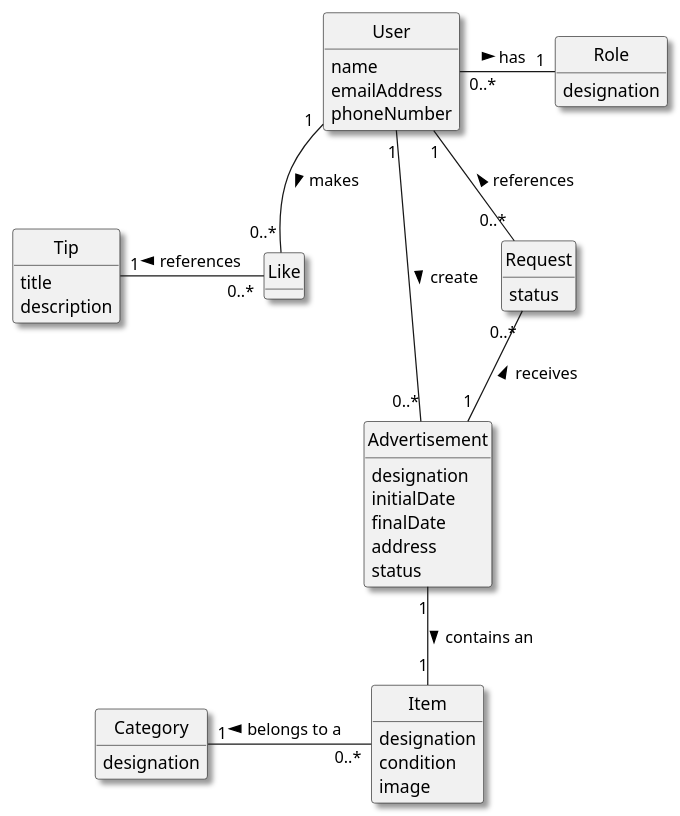
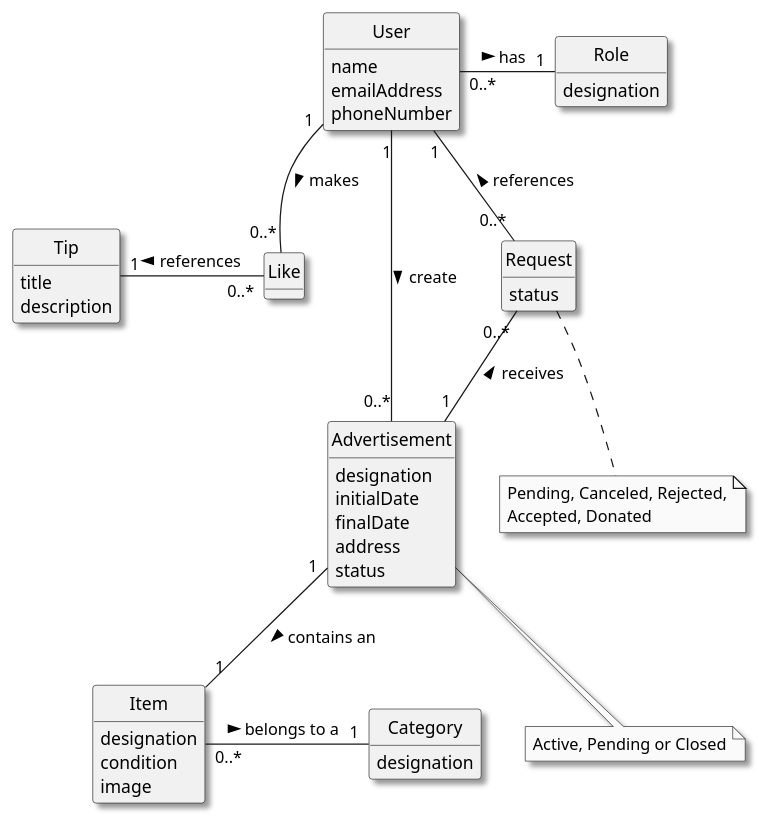
One commit to vivianeaalmeida/ComeAndGet changed the diagram in Docs/global-artifacts/02-analysis/DM.puml. Above: the diagram before and after it, drawn with PlantUML. The commit also changed 6 other files, not shown here.

```diff
--- a/Docs/global-artifacts/02-analysis/DM.puml
+++ b/Docs/global-artifacts/02-analysis/DM.puml
@@ -1,61 +1,70 @@
 @startuml
 skinparam monochrome true
 skinparam packageStyle rectangle
 skinparam shadowing true
 'skinparam linetype ortho
 skinparam classAttributeIconSize 0
 hide circle
 hide methods
 'left to right direction
 
 class User {
     name
     emailAddress
     phoneNumber
 }
 
 class Role {
     designation
 }
 
 class Item {
     designation
     condition
     image
 }
 
 class Category {
     designation
 }
 
 class Advertisement{
     designation
     initialDate
     finalDate
     address
     status
     '(active, pending, closed)
 }
 
 class Request {
     status
-    '(pending, canceled, denied/rejected, accepted, donated/done)
+    '(pending, canceled, rejected, accepted, donated)
 }
 
 class Tip {
     title
     description
 }
 
 class Like {
 }
 
+note bottom of Request
+Pending, Canceled, Rejected,
+Accepted, Donated
+endnote
+
+note bottom of Advertisement
+Active, Pending or Closed
+endnote
+
 Item "0..*" -left- "1" Category : belongs to a \t >
 Advertisement "1" -- "1" Item : contains an \t >
 User "1" -- "0..*" Advertisement : create >
 User "1" -- "0..*" Request : references <
 Request "0..*" -- "1" Advertisement : receives <
 User "1" -- "0..*" Like : makes >
 Like "0..*" -left- "1" Tip : references >
 "User" "0..*" - "1" Role : has \t >
 @enduml
```
